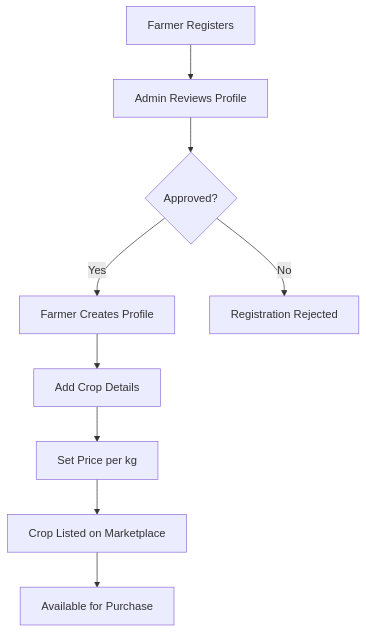
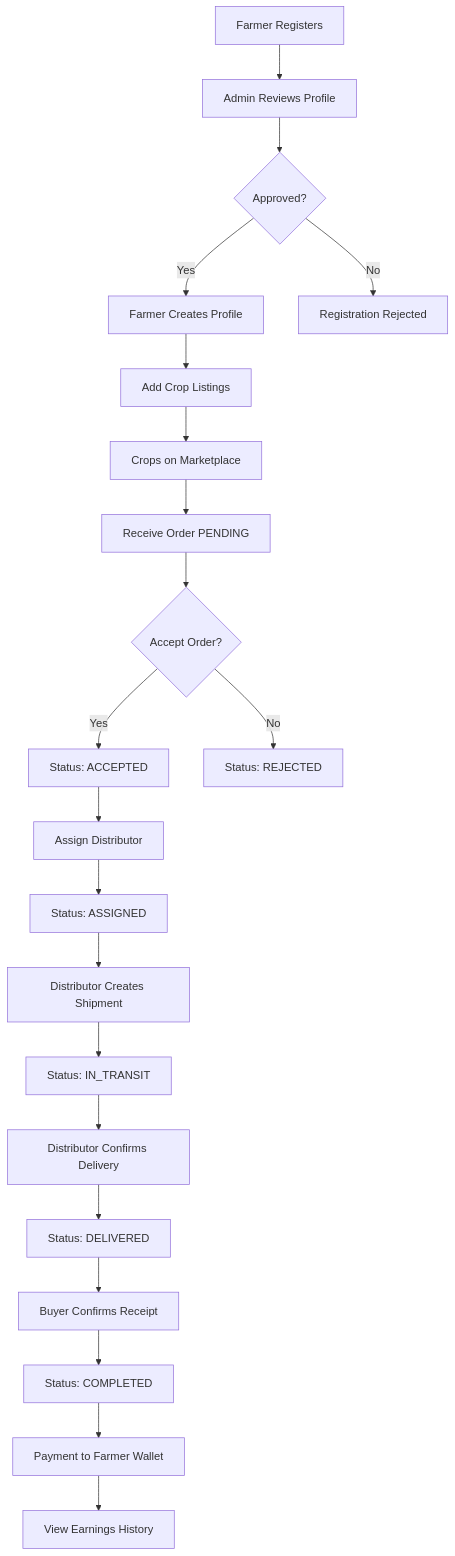
Before and after one commit to its-vikash-Kushwaha/FarmXChain-finalProject: the third of 7 diagrams in PROJECT_DOCUMENTATION.md, drawn with Mermaid. The commit also changed other lines of this file and 45 other files, not shown here.

````diff
--- a/PROJECT_DOCUMENTATION.md
+++ b/PROJECT_DOCUMENTATION.md
@@ -162,11 +234,23 @@
 ```mermaid
 graph TD
     A[Farmer Registers] --> B[Admin Reviews Profile]
     B --> C{Approved?}
     C -->|Yes| D[Farmer Creates Profile]
     C -->|No| E[Registration Rejected]
-    D --> F[Add Crop Details]
-    F --> G[Set Price per kg]
-    G --> H[Crop Listed on Marketplace]
-    H --> I[Available for Purchase]
+    D --> F[Add Crop Listings]
+    F --> G[Crops on Marketplace]
+    G --> H[Receive Order PENDING]
+    H --> I{Accept Order?}
+    I -->|Yes| J[Status: ACCEPTED]
+    I -->|No| K[Status: REJECTED]
+    J --> L[Assign Distributor]
+    L --> M[Status: ASSIGNED]
+    M --> N[Distributor Creates Shipment]
+    N --> O[Status: IN_TRANSIT]
+    O --> P[Distributor Confirms Delivery]
+    P --> Q[Status: DELIVERED]
+    Q --> R[Buyer Confirms Receipt]
+    R --> S[Status: COMPLETED]
+    S --> T[Payment to Farmer Wallet]
+    T --> U[View Earnings History]
 ```
````
